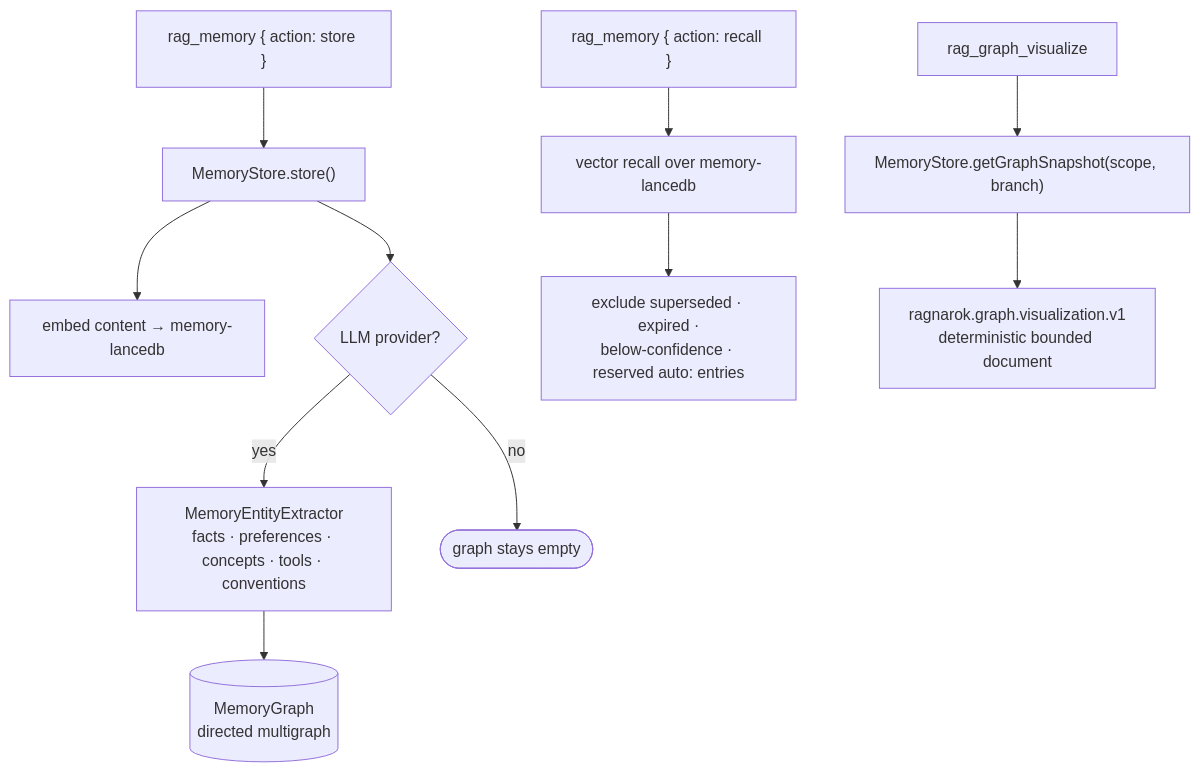
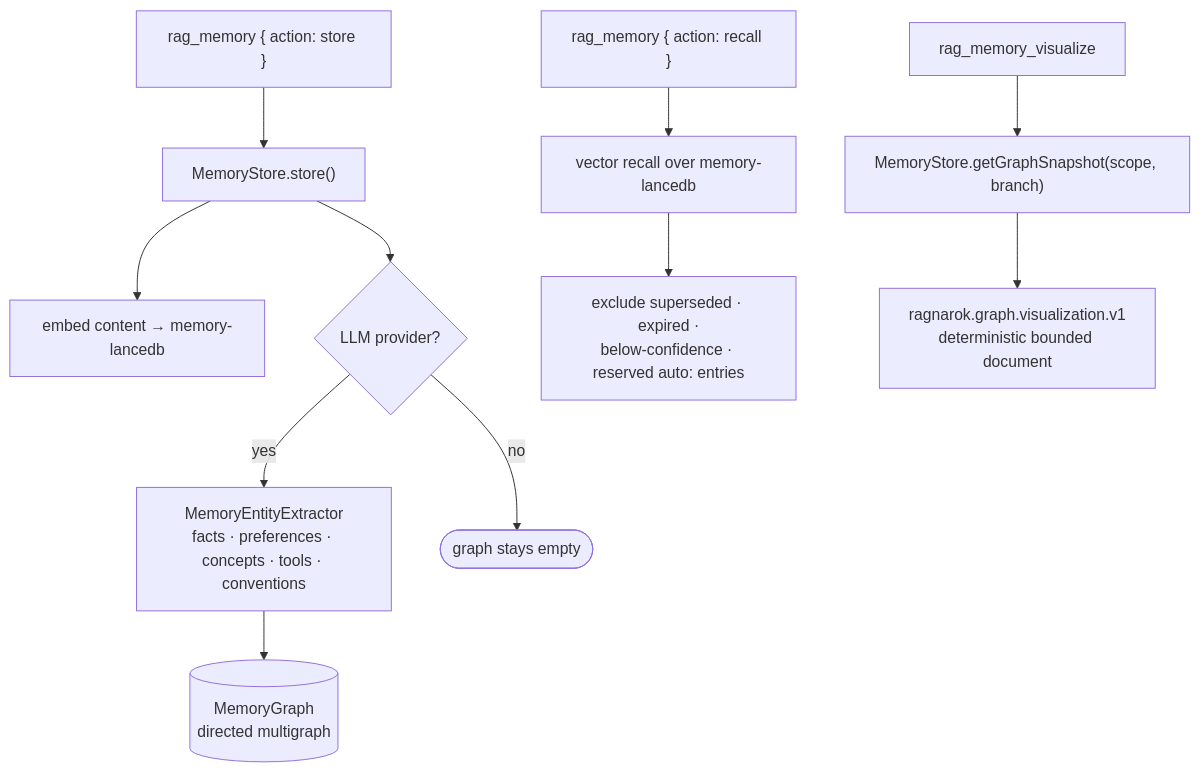
The fourth of 4 diagrams in docs/RETRIEVAL-PIPELINE.md (hyorman/RAGnarok), drawn with Mermaid before and after one commit. The commit also changed other lines of this file and 16 other files, not shown here.

````diff
--- a/docs/RETRIEVAL-PIPELINE.md
+++ b/docs/RETRIEVAL-PIPELINE.md
@@ -184,15 +184,15 @@
 ```mermaid
 flowchart TB
   RM["rag_memory { action: store }"] --> ST["MemoryStore.store()"]
   ST --> EMB["embed content → memory-lancedb"]
   ST --> EX{"LLM provider?"}
   EX -->|yes| MEE["MemoryEntityExtractor<br/>facts · preferences · concepts · tools · conventions"]
   EX -->|no| SKIP(["graph stays empty"])
   MEE --> MG[("MemoryGraph<br/>directed multigraph")]
 
   RQ["rag_memory { action: recall }"] --> VS["vector recall over memory-lancedb"]
   VS --> FIL["exclude superseded · expired ·<br/>below-confidence · reserved auto: entries"]
 
-  GV["rag_graph_visualize"] --> SNAP["MemoryStore.getGraphSnapshot(scope, branch)"]
+  GV["rag_memory_visualize"] --> SNAP["MemoryStore.getGraphSnapshot(scope, branch)"]
   SNAP --> DOC["ragnarok.graph.visualization.v1<br/>deterministic bounded document"]
 ```
````
